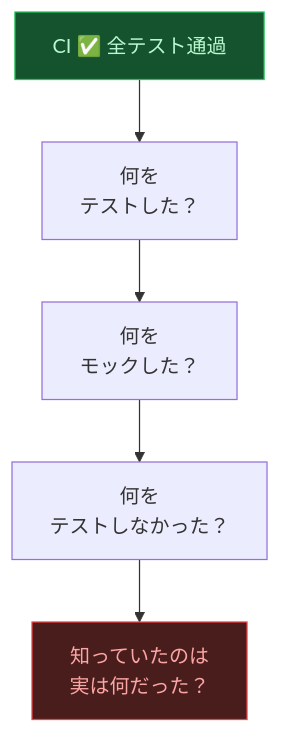
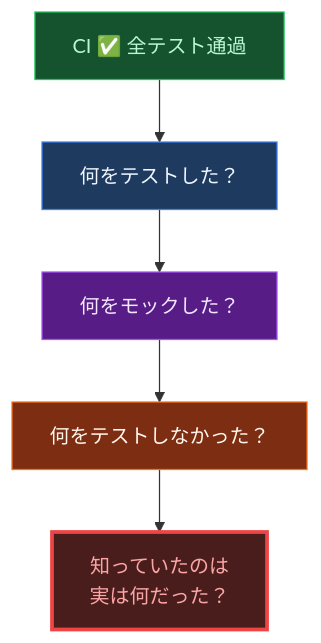
One commit to ohyesiamy/web-anomaly-detector changed the second of 13 diagrams in ABSTRACT.md. Above: the diagram before and after it, drawn with Mermaid. The commit also changed other lines of this file and 1 other file, not shown here.

First line of the commit message:
docs: Mermaid ダイアグラムでビジュアル大幅強化

````diff
--- a/ABSTRACT.md
+++ b/ABSTRACT.md
@@ -43,10 +65,13 @@
 ```mermaid
 graph TB
-    C["CI ✅ 全テスト通過"] --> Q1["何を\nテストした？"]
-    Q1 --> Q2["何を\nモックした？"]
-    Q2 --> Q3["何を\nテストしなかった？"]
+    C["CI ✅ 全テスト通過"] --> Q1["何をテストした？"]
+    Q1 --> Q2["何をモックした？"]
+    Q2 --> Q3["何をテストしなかった？"]
     Q3 --> Q4["知っていたのは\n実は何だった？"]
 
     style C fill:#14532d,stroke:#22c55e,color:#bbf7d0
-    style Q4 fill:#4a1d1d,stroke:#ef4444,color:#fca5a5
+    style Q1 fill:#1e3a5f,stroke:#3b82f6,color:#eff6ff
+    style Q2 fill:#581c87,stroke:#a855f7,color:#f3e8ff
+    style Q3 fill:#7c2d12,stroke:#f97316,color:#fff7ed
+    style Q4 fill:#4a1d1d,stroke:#ef4444,color:#fca5a5,stroke-width:3px
 ```
````
